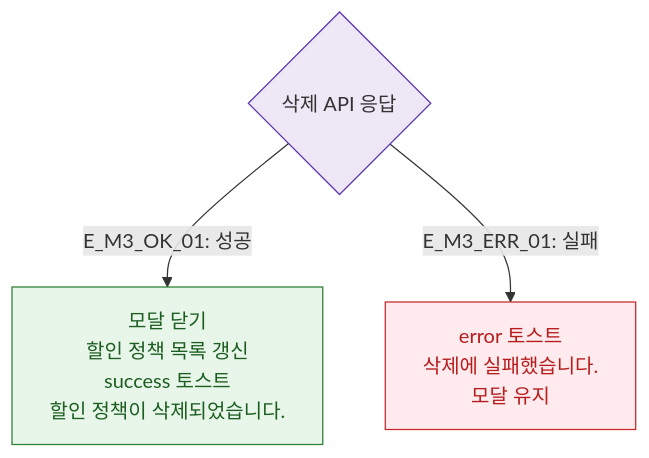
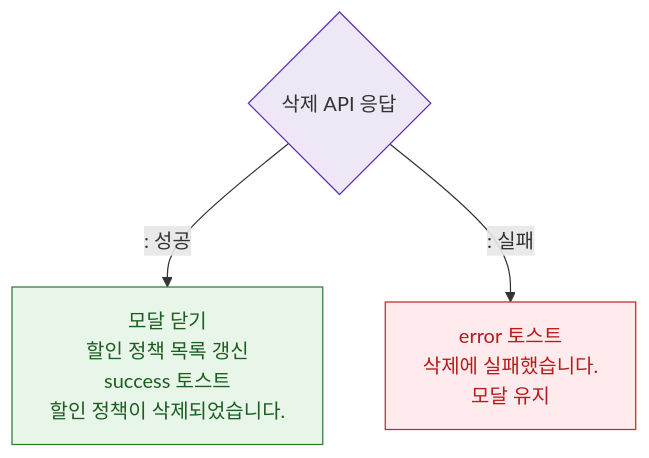
Before and after one commit to dev-spogym/admin-pando: the diagram in docs/다이어그램/D05_상품관리/DLG/DLG-P008_할인정책삭제확인/M3_결과분기.md, drawn with Mermaid. The commit also changed other lines of this file and 1660 other files, not shown here.

First line of the commit message:
다이어그램: 기획자/클라이언트 납품본으로 정리

````diff
--- a/docs/다이어그램/D05_상품관리/DLG/DLG-P008_할인정책삭제확인/M3_결과분기.md
+++ b/docs/다이어그램/D05_상품관리/DLG/DLG-P008_할인정책삭제확인/M3_결과분기.md
@@ -16,12 +14,12 @@
 ```mermaid
 flowchart TD
-    DeleteAPI{삭제 API 응답} -->|"E_M3_OK_01: 성공"| SuccessResult[모달 닫기\n할인 정책 목록 갱신\nsuccess 토스트\n할인 정책이 삭제되었습니다.]
-    DeleteAPI -->|"E_M3_ERR_01: 실패"| ErrResult[error 토스트\n삭제에 실패했습니다.\n모달 유지]
+    DeleteAPI{삭제 API 응답} -->|": 성공"|SuccessResult[모달 닫기\n할인 정책 목록 갱신\nsuccess 토스트\n할인 정책이 삭제되었습니다.]
+    DeleteAPI -->|": 실패"|ErrResult[error 토스트\n삭제에 실패했습니다.\n모달 유지]
 
     classDef success fill:#E8F5E9,stroke:#2E7D32,color:#1B5E20
     classDef error fill:#FFEBEE,stroke:#C62828,color:#B71C1C
     classDef system fill:#EDE7F6,stroke:#5E35B2
     class SuccessResult success
     class ErrResult error
     class DeleteAPI system
 ```
````
